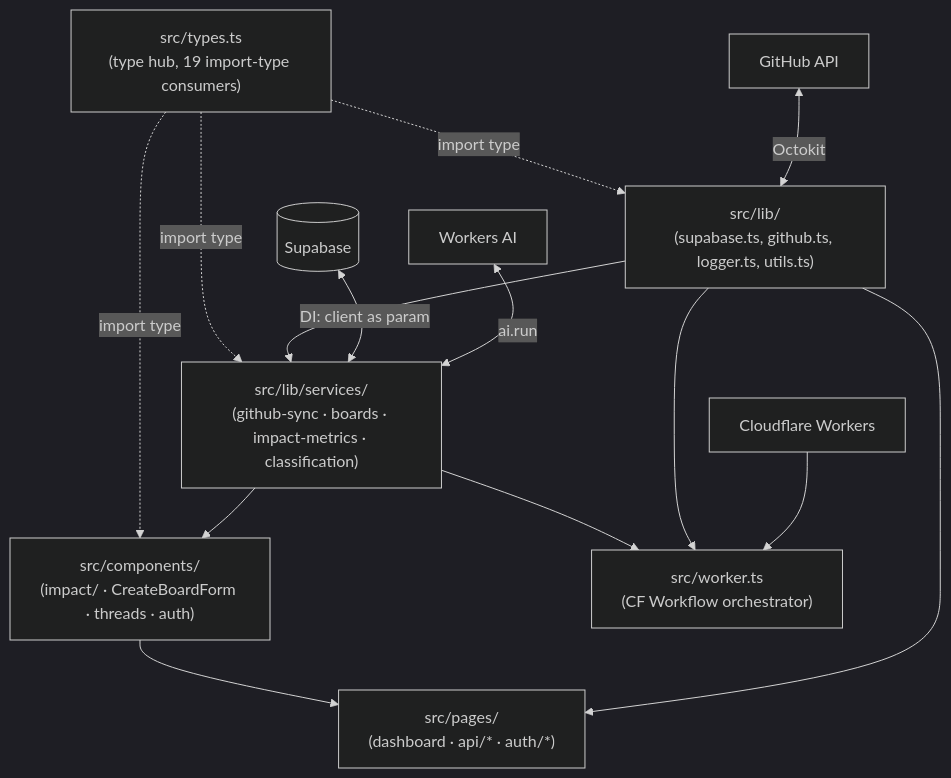
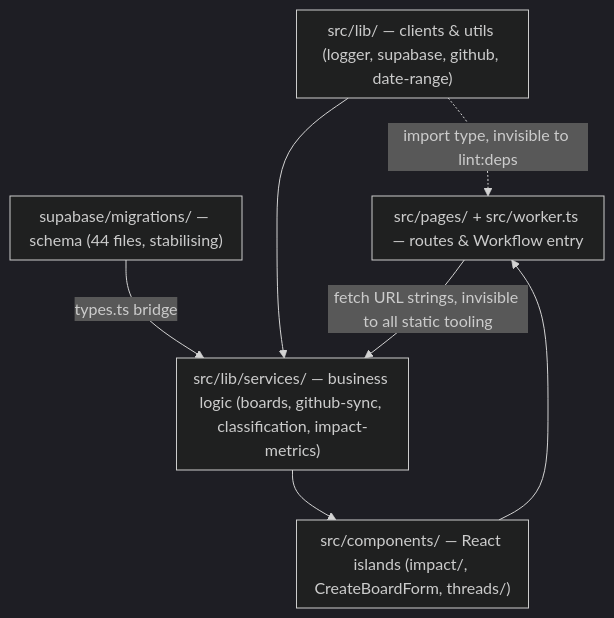
One commit to gos-tomek/gitgud changed the diagram in context/map/repo-map.md. Above: the diagram before and after it, drawn with Mermaid (dark theme). The commit also changed other lines of this file, not shown here.

````diff
--- a/context/map/repo-map.md
+++ b/context/map/repo-map.md
@@ -11,29 +10,19 @@
 ```mermaid
-graph TD
-    DB[(Supabase)]
-    GH[GitHub API]
-    AI[Workers AI]
-    CF[Cloudflare Workers]
-
-    types["src/types.ts\n(type hub, 19 import-type consumers)"]
-    lib["src/lib/\n(supabase.ts, github.ts, logger.ts, utils.ts)"]
-    services["src/lib/services/\n(github-sync · boards · impact-metrics · classification)"]
-    components["src/components/\n(impact/ · CreateBoardForm · threads · auth)"]
-    pages["src/pages/\n(dashboard · api/* · auth/*)"]
-    worker["src/worker.ts\n(CF Workflow orchestrator)"]
-
-    types -.->|import type| lib
-    types -.->|import type| services
-    types -.->|import type| components
-    lib --> services
-    services --> components
-    components --> pages
-    lib --> pages
-    services --> worker
-    lib --> worker
-
-    DB <-->|DI: client as param| services
-    GH <-->|Octokit| lib
-    AI <-->|ai.run| services
-    CF --> worker
+flowchart TB
+    subgraph DB["supabase/migrations/ — schema (44 files, stabilising)"]
+    end
+    subgraph LIB["src/lib/ — clients & utils (logger, supabase, github, date-range)"]
+    end
+    subgraph SVC["src/lib/services/ — business logic (boards, github-sync, classification, impact-metrics)"]
+    end
+    subgraph CMP["src/components/ — React islands (impact/, CreateBoardForm, threads/)"]
+    end
+    subgraph PAGES["src/pages/ + src/worker.ts — routes & Workflow entry"]
+    end
+    DB -->|types.ts bridge| SVC
+    LIB --> SVC
+    SVC --> CMP
+    CMP --> PAGES
+    LIB -.->|import type, invisible to lint:deps| PAGES
+    PAGES -->|fetch URL strings, invisible to all static tooling| SVC
 ```
````
